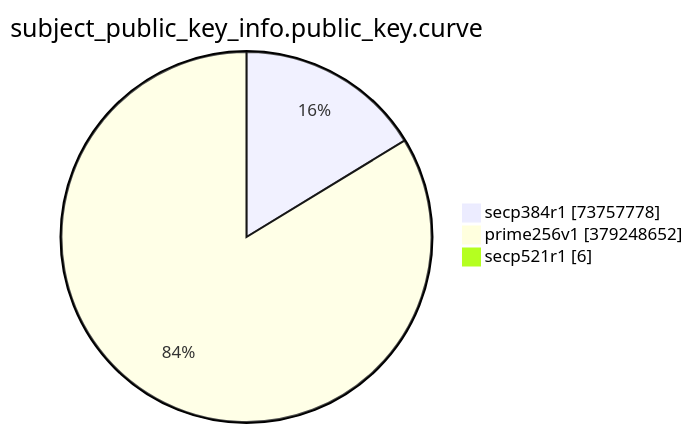
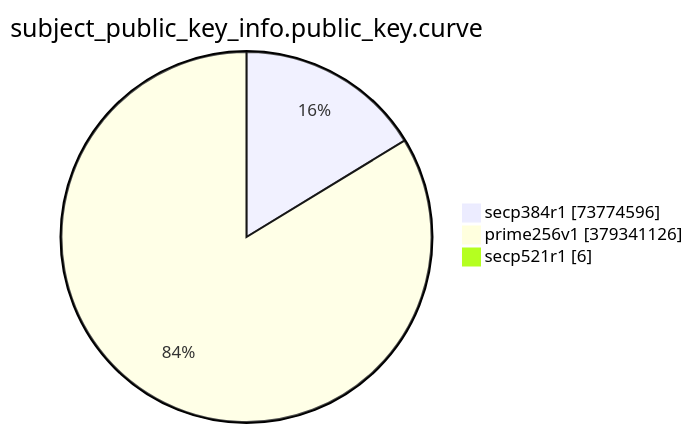
One commit to christiankrug/ctmonitor_visualization changed the eighth of 15 diagrams in TOTAL/README.md. Above: the diagram before and after it, drawn with Mermaid. The commit also changed other lines of this file, not shown here.

````diff
--- a/TOTAL/README.md
+++ b/TOTAL/README.md
@@ -3094,7 +3094,7 @@
 ```mermaid
 pie showData
 title subject_public_key_info.public_key.curve
-"secp384r1" :73757778
-"prime256v1" :379248652
+"secp384r1" :73774596
+"prime256v1" :379341126
 "secp521r1" :6
 ```
````
